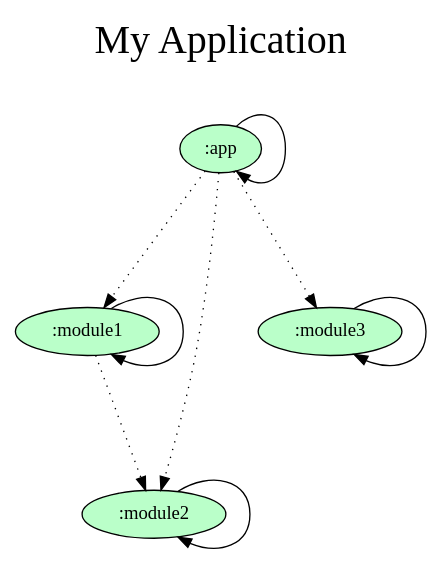
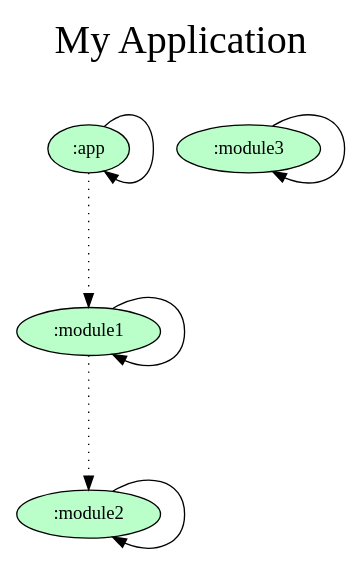
One commit to alexaccandr/test_graph changed the diagram in gradle/dependency-graph/project.dot. Above: the diagram before and after it, drawn with Graphviz. The commit also changed 1 other file, not shown here.

Commit message:
Update dependency graph

```diff
--- a/gradle/dependency-graph/project.dot
+++ b/gradle/dependency-graph/project.dot
@@ -1,25 +1,23 @@
 digraph {
   graph [label="My Application\n ",labelloc=t,fontsize=30,ranksep=1.4];
   node [style=filled, fillcolor="#bbbbbb"];
   rankdir=TB;
 
   # Projects
 
   ":app" [fillcolor="#baffc9"];
   ":module1" [fillcolor="#baffc9"];
   ":module2" [fillcolor="#baffc9"];
   ":module3" [fillcolor="#baffc9"];
 
   {rank = same;}
 
   # Dependencies
 
   ":app" -> ":app"
   ":app" -> ":module1" [style=dotted]
-  ":app" -> ":module2" [style=dotted]
-  ":app" -> ":module3" [style=dotted]
   ":module1" -> ":module1"
   ":module1" -> ":module2" [style=dotted]
   ":module2" -> ":module2"
   ":module3" -> ":module3"
 }
```
